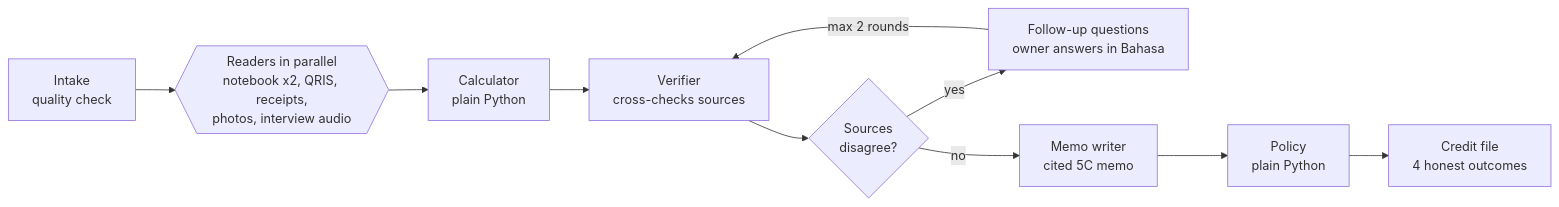
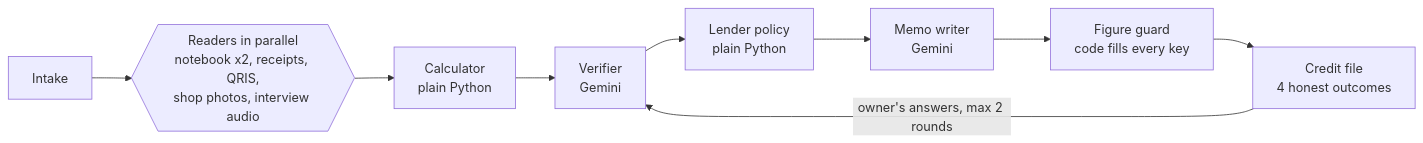
The second of 2 diagrams in README.md (aeoncyr/ledgerlens), drawn with Mermaid before and after one commit. The commit also changed other lines of this file and 10 other files, not shown here.

````diff
--- a/README.md
+++ b/README.md
@@ -126,12 +156,11 @@
 ```mermaid
 flowchart LR
-    I[Intake<br/>quality check] --> P{{Readers in parallel<br/>notebook x2, QRIS, receipts,<br/>photos, interview audio}}
+    I[Intake] --> P{{Readers in parallel<br/>notebook x2, receipts, QRIS,<br/>shop photos, interview audio}}
     P --> C[Calculator<br/>plain Python]
-    C --> V[Verifier<br/>cross-checks sources]
-    V --> D{Sources<br/>disagree?}
-    D -- yes --> Q[Follow-up questions<br/>owner answers in Bahasa]
-    Q -- "max 2 rounds" --> V
-    D -- no --> M[Memo writer<br/>cited 5C memo]
-    M --> PO[Policy<br/>plain Python]
-    PO --> CF[Credit file<br/>4 honest outcomes]
+    C --> V[Verifier<br/>Gemini]
+    V --> PO[Lender policy<br/>plain Python]
+    PO --> M[Memo writer<br/>Gemini]
+    M --> GD[Figure guard<br/>code fills every key]
+    GD --> CF[Credit file<br/>4 honest outcomes]
+    CF -- "owner's answers, max 2 rounds" --> V
 ```
````
